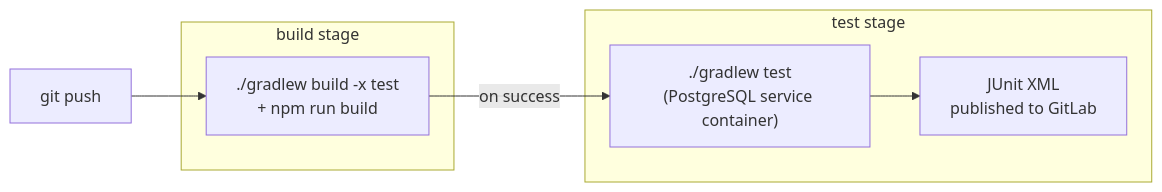
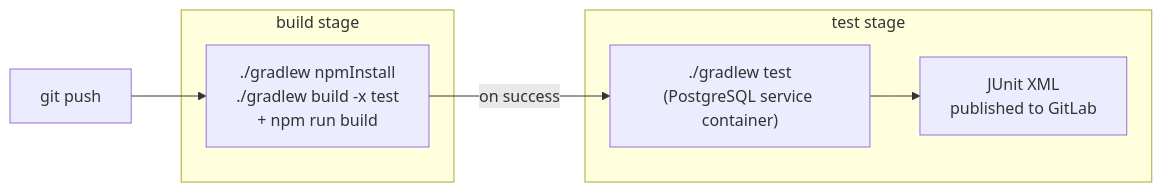
The fifth of 7 diagrams in README.md (Nister37/TrafficLights), drawn with Mermaid before and after one commit. The commit also changed other lines of this file and 12 other files, not shown here.

````diff
--- a/README.md
+++ b/README.md
@@ -288,16 +288,16 @@
 ```mermaid
 flowchart LR
     Push["git push"] --> Build
 
     subgraph build stage
-        Build["./gradlew build -x test\n+ npm run build"]
+        Build["./gradlew npmInstall\n./gradlew build -x test\n+ npm run build"]
     end
 
     subgraph test stage
         Test["./gradlew test\n(PostgreSQL service container)"]
         Report["JUnit XML\npublished to GitLab"]
     end
 
     Build -- "on success" --> Test
     Test --> Report
 ```
````
